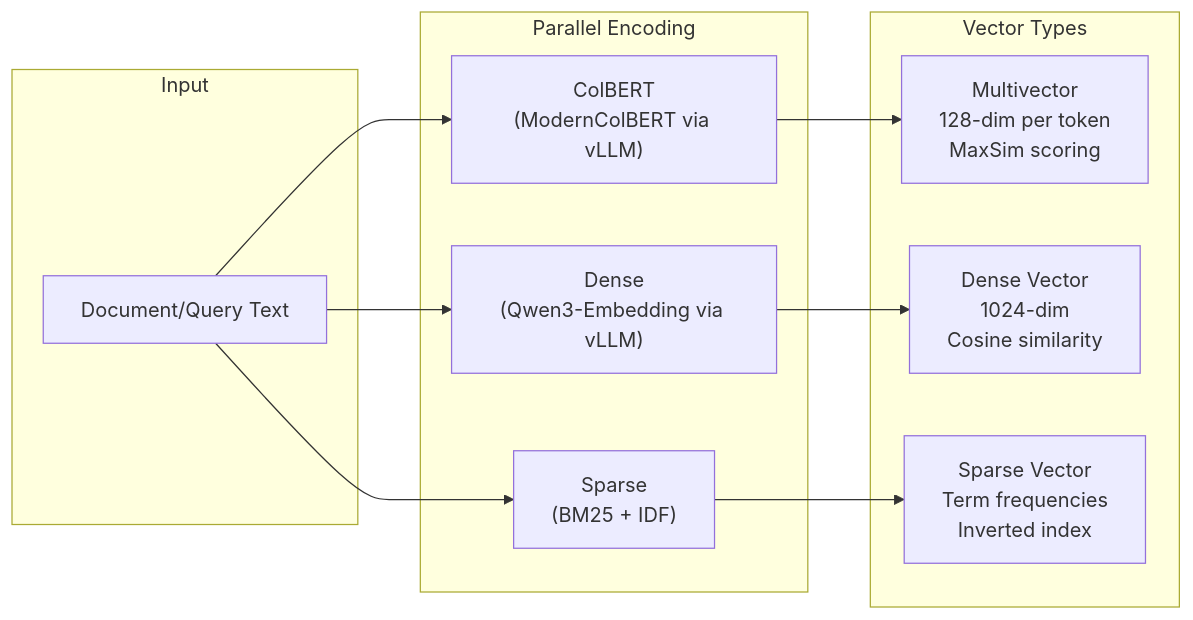
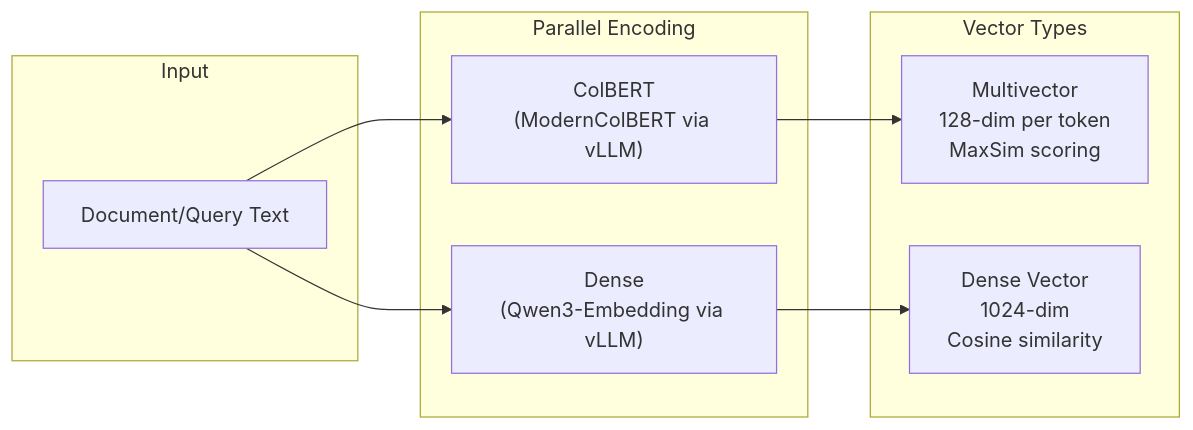
One commit to flozi00/qdrant-proxy changed the first of 3 diagrams in docs/search-pipeline.md. Above: the diagram before and after it, drawn with Mermaid. The commit also changed other lines of this file and 21 other files, not shown here.

````diff
--- a/docs/search-pipeline.md
+++ b/docs/search-pipeline.md
@@ -5,22 +5,19 @@
 ```mermaid
 flowchart LR
     subgraph Input
         Text["Document/Query Text"]
     end
     
     subgraph Encoding["Parallel Encoding"]
         ColBERT["ColBERT\n(ModernColBERT via vLLM)"]
         Dense["Dense\n(Qwen3-Embedding via vLLM)"]
-        Sparse["Sparse\n(BM25 + IDF)"]
     end
     
     subgraph Vectors["Vector Types"]
         MV["Multivector\n128-dim per token\nMaxSim scoring"]
         DV["Dense Vector\n1024-dim\nCosine similarity"]
-        SV["Sparse Vector\nTerm frequencies\nInverted index"]
     end
     
     Text --> ColBERT --> MV
     Text --> Dense --> DV
-    Text --> Sparse --> SV
 ```
````
